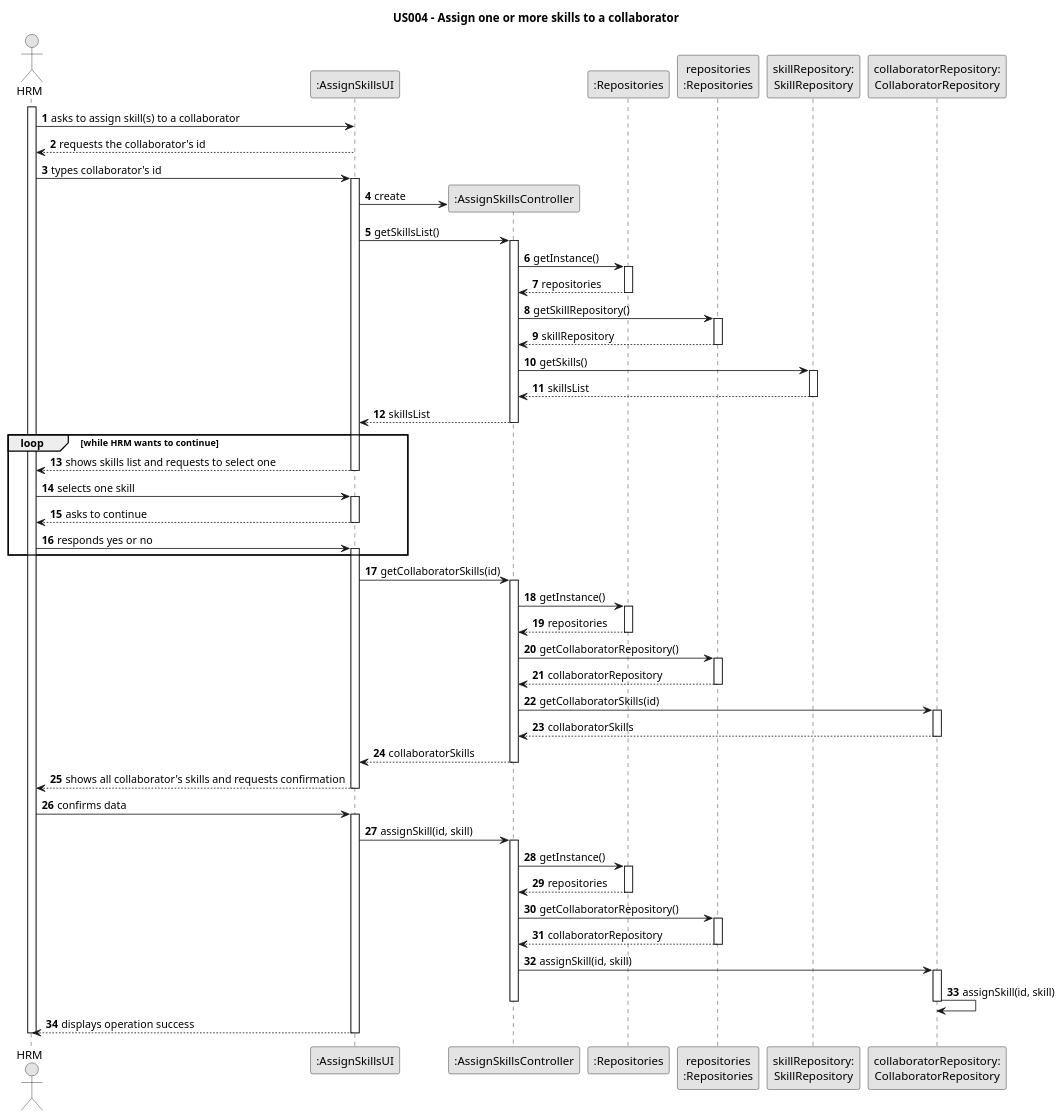
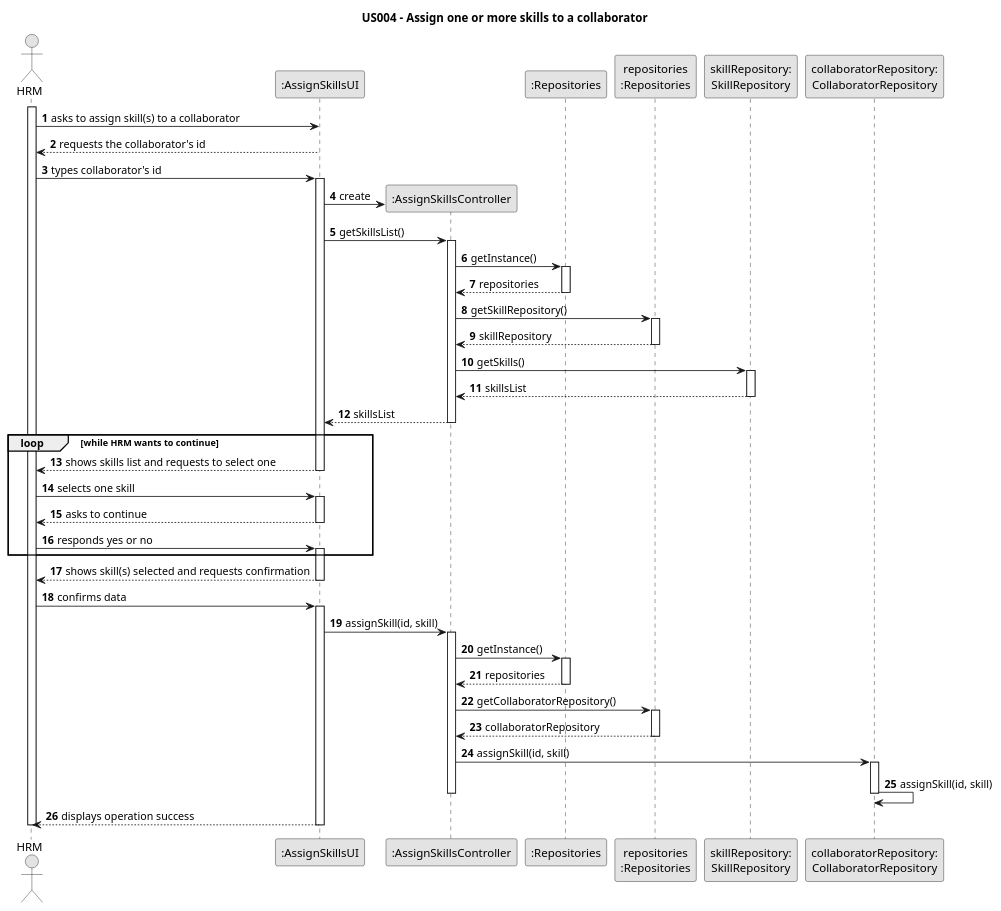
The diagram in docs/sprintB/us004/03.design/puml/us004-sequence-diagram.puml (Departamento-de-Engenharia-Informatica/lei-24-s2-1dm-g132), drawn with PlantUML before and after one commit. The commit also changed 2 other files, not shown here.

```diff
--- a/docs/sprintB/us004/03.design/puml/us004-sequence-diagram.puml
+++ b/docs/sprintB/us004/03.design/puml/us004-sequence-diagram.puml
@@ -1,122 +1,99 @@
 @startuml
 skinparam monochrome true
 skinparam packageStyle rectangle
 skinparam shadowing false
 
 title US004 - Assign one or more skills to a collaborator
 
 autonumber
 
 actor "HRM" as Employee
 participant ":AssignSkillsUI" as UI
 participant ":AssignSkillsController" as CTRL
 participant ":Repositories" as RepositorySingleton
 participant "repositories\n:Repositories" as PLAT
 participant "skillRepository:\nSkillRepository" as SkillRepository
 participant "collaboratorRepository:\nCollaboratorRepository" as CollaboratorRepository
 
 activate Employee
 
     Employee -> UI : asks to assign skill(s) to a collaborator
     UI --> Employee : requests the collaborator's id
     Employee -> UI : types collaborator's id
     activate UI
 
         UI -> CTRL** : create
         UI -> CTRL : getSkillsList()
         activate CTRL
 
             CTRL -> RepositorySingleton : getInstance()
             activate RepositorySingleton
 
             RepositorySingleton --> CTRL: repositories
             deactivate RepositorySingleton
 
             CTRL -> PLAT : getSkillRepository()
             activate PLAT
 
             PLAT --> CTRL: skillRepository
             deactivate PLAT
 
             CTRL -> SkillRepository : getSkills()
             activate SkillRepository
 
             SkillRepository --> CTRL : skillsList
             deactivate SkillRepository
 
             CTRL --> UI : skillsList
         deactivate CTRL
 
     loop while HRM wants to continue
     UI --> Employee : shows skills list and requests to select one
     deactivate UI
 
     Employee -> UI : selects one skill
     activate UI
 
     UI --> Employee : asks to continue
     deactivate UI
 
     Employee -> UI : responds yes or no
     activate UI
     end
-        UI -> CTRL : getCollaboratorSkills(id)
-        activate CTRL
 
-            CTRL -> RepositorySingleton : getInstance()
-            activate RepositorySingleton
-
-            RepositorySingleton --> CTRL: repositories
-            deactivate RepositorySingleton
-
-            CTRL -> PLAT : getCollaboratorRepository()
-            activate PLAT
-
-            PLAT --> CTRL: collaboratorRepository
-            deactivate PLAT
-
-            CTRL -> CollaboratorRepository : getCollaboratorSkills(id)
-            activate CollaboratorRepository
-
-            CollaboratorRepository --> CTRL : collaboratorSkills
-            deactivate CollaboratorRepository
-
-            CTRL --> UI : collaboratorSkills
-        deactivate CTRL
-
-    UI --> Employee : shows all collaborator's skills and requests confirmation
+    UI --> Employee : shows skill(s) selected and requests confirmation
 
     deactivate UI
 
     Employee -> UI : confirms data
     activate UI
 
     UI -> CTRL : assignSkill(id, skill)
     activate CTRL
 
                 CTRL -> RepositorySingleton : getInstance()
                 activate RepositorySingleton
 
                 RepositorySingleton --> CTRL: repositories
                 deactivate RepositorySingleton
 
                 CTRL -> PLAT : getCollaboratorRepository()
                 activate PLAT
 
                 PLAT --> CTRL: collaboratorRepository
                 deactivate PLAT
 
                 CTRL -> CollaboratorRepository : assignSkill(id, skill)
                 activate CollaboratorRepository
 
                 CollaboratorRepository -> CollaboratorRepository: assignSkill(id, skill)
 
                 deactivate CollaboratorRepository
 
-            deactivate CTRL
+    deactivate CTRL
 
     UI --> Employee : displays operation success
     deactivate UI
 
 deactivate Employee
 @enduml
```
